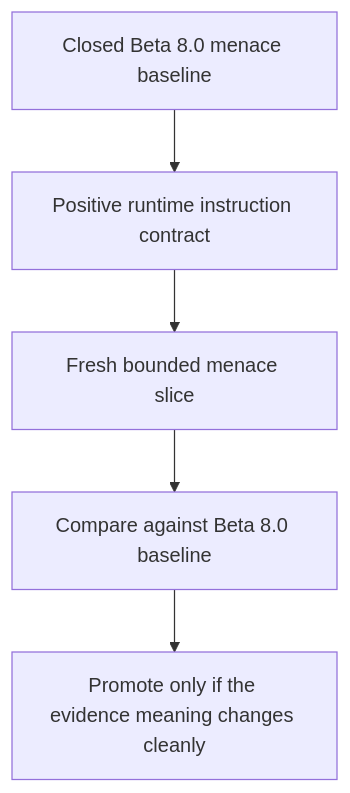
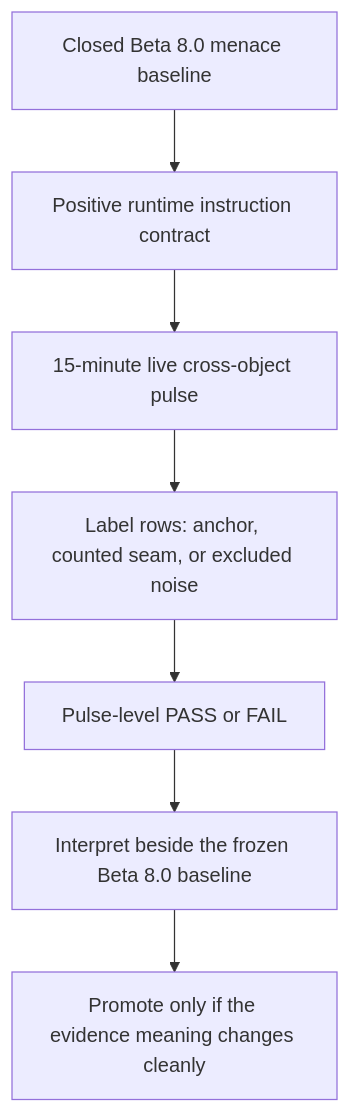
One commit to tryskian/scorey changed the diagram in docs/research/410_PB-POSITIVE_RUNTIME_INSTRUCTION_CONTRACT.md. Above: the diagram before and after it, drawn with Mermaid. The commit also changed other lines of this file and 11 other files, not shown here.

Commit message:
feat: align pulse contract and round flow (#103)

````diff
--- a/docs/research/410_PB-POSITIVE_RUNTIME_INSTRUCTION_CONTRACT.md
+++ b/docs/research/410_PB-POSITIVE_RUNTIME_INSTRUCTION_CONTRACT.md
@@ -28,7 +28,9 @@
 ```mermaid
 flowchart TD
   A["Closed Beta 8.0 menace baseline"] --> B["Positive runtime instruction contract"]
-  B --> C["Fresh bounded menace slice"]
-  C --> D["Compare against Beta 8.0 baseline"]
-  D --> E["Promote only if the evidence meaning changes cleanly"]
+  B --> C["15-minute live cross-object pulse"]
+  C --> D["Label rows: anchor, counted seam, or excluded noise"]
+  D --> E["Pulse-level PASS or FAIL"]
+  E --> F["Interpret beside the frozen Beta 8.0 baseline"]
+  F --> G["Promote only if the evidence meaning changes cleanly"]
 ```
````
